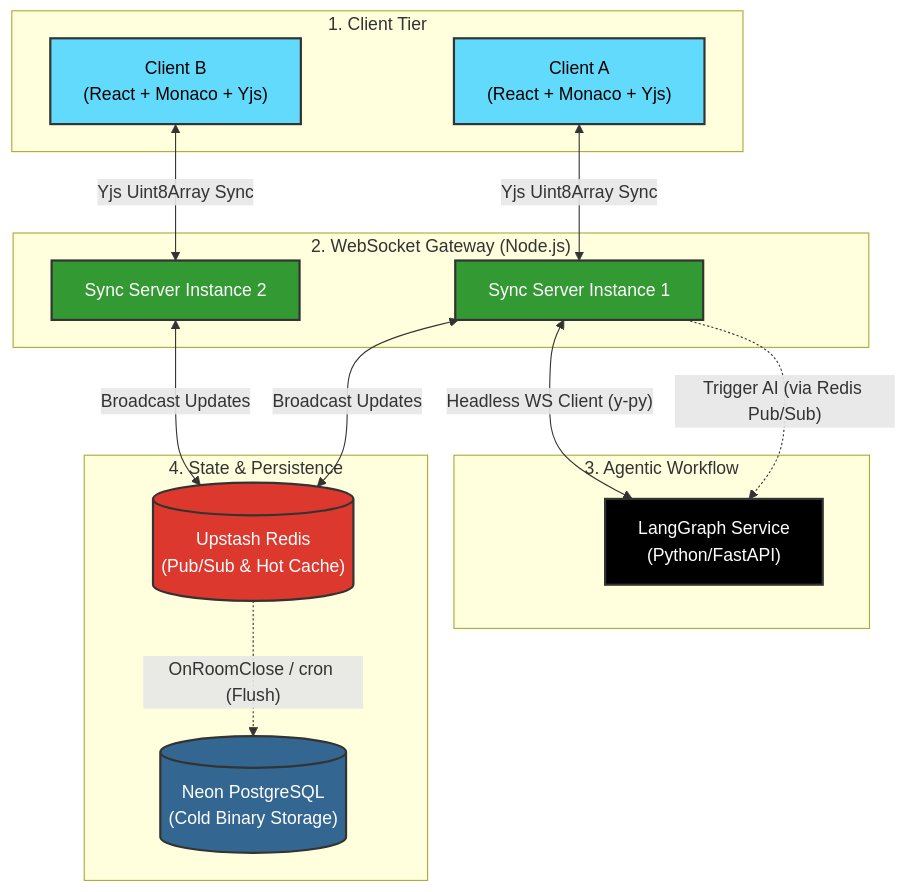
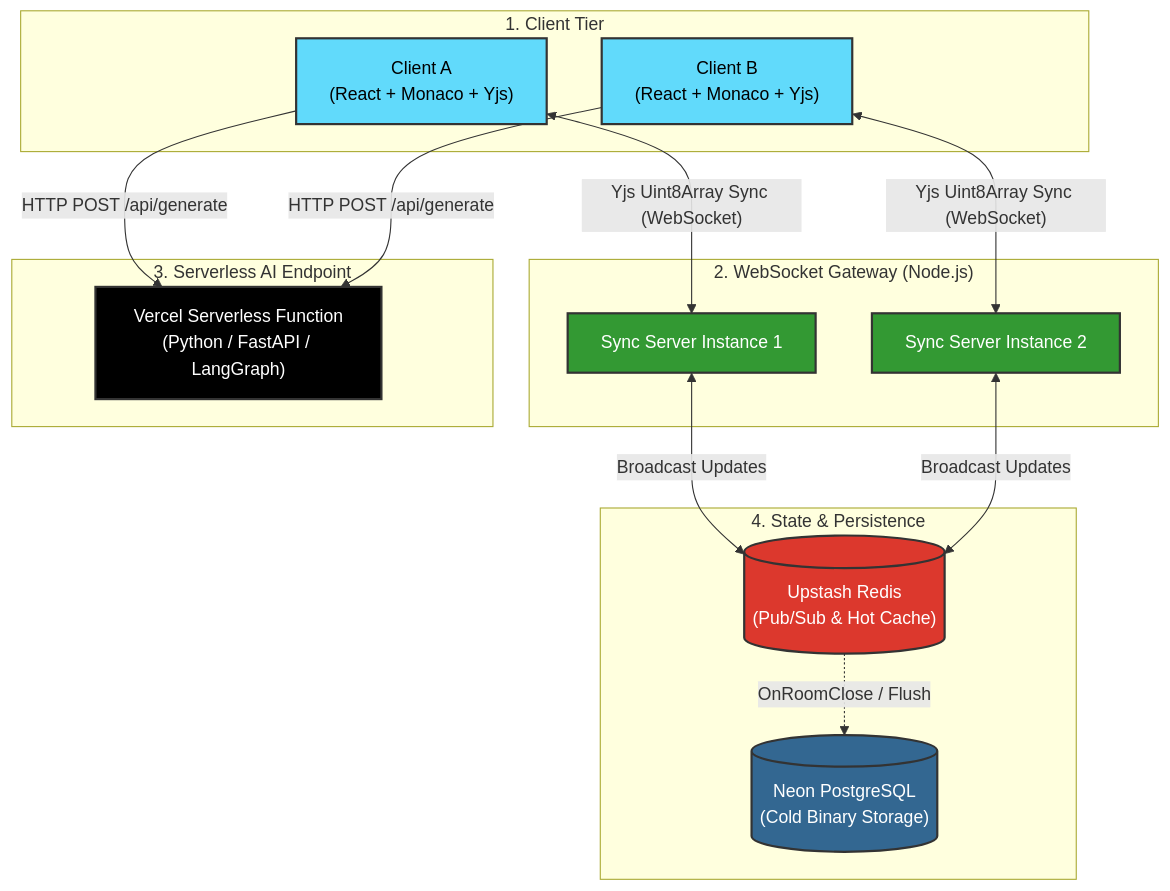
Before and after one commit to TechnoMeter/cola-code-real-time-code-editor: the diagram in README.md, drawn with Mermaid. The commit also changed other lines of this file, not shown here.

Commit message:
docs: update README for AI Copilot migration to Vercel serverless and enhance session persistence details

````diff
--- a/README.md
+++ b/README.md
@@ -67,38 +66,38 @@
 ```mermaid
 flowchart TD
-    classDef frontend fill:#61dafb,stroke:#333,stroke-width:2px,color:#000;
-    classDef backend fill:#339933,stroke:#333,stroke-width:2px,color:#fff;
-    classDef ai fill:#000000,stroke:#333,stroke-width:2px,color:#fff;
-    classDef db fill:#336791,stroke:#333,stroke-width:2px,color:#fff;
-    classDef cache fill:#DC382D,stroke:#333,stroke-width:2px,color:#fff;
+    classDef frontend fill:#61dafb,stroke:#333,stroke-width:2px,color:#000;
+    classDef backend fill:#339933,stroke:#333,stroke-width:2px,color:#fff;
+    classDef ai fill:#000000,stroke:#333,stroke-width:2px,color:#fff;
+    classDef db fill:#336791,stroke:#333,stroke-width:2px,color:#fff;
+    classDef cache fill:#DC382D,stroke:#333,stroke-width:2px,color:#fff;
 
-    subgraph Clients ["1. Client Tier"]
-        ClientA["Client A<br/>(React + Monaco + Yjs)"]:::frontend
-        ClientB["Client B<br/>(React + Monaco + Yjs)"]:::frontend
-    end
+    subgraph Clients ["1. Client Tier"]
+        ClientA["Client A<br/>(React + Monaco + Yjs)"]:::frontend
+        ClientB["Client B<br/>(React + Monaco + Yjs)"]:::frontend
+    end
 
-    subgraph Gateway ["2. WebSocket Gateway (Node.js)"]
-        WS1["Sync Server Instance 1"]:::backend
-        WS2["Sync Server Instance 2"]:::backend
-    end
-    
-    subgraph AITier ["3. Agentic Workflow"]
-        LangGraph["LangGraph Service<br/>(Python/FastAPI)"]:::ai
-    end
+    subgraph Gateway ["2. WebSocket Gateway (Node.js)"]
+        WS1["Sync Server Instance 1"]:::backend
+        WS2["Sync Server Instance 2"]:::backend
+    end
+    
+    subgraph AITier ["3. Serverless AI Endpoint"]
+        VercelAI["Vercel Serverless Function<br/>(Python / FastAPI / LangGraph)"]:::ai
+    end
 
-    subgraph State ["4. State & Persistence"]
-        Redis[("Upstash Redis<br/>(Pub/Sub & Hot Cache)")]:::cache
-        PG[("Neon PostgreSQL<br/>(Cold Binary Storage)")]:::db
-    end
+    subgraph State ["4. State & Persistence"]
+        Redis[("Upstash Redis<br/>(Pub/Sub & Hot Cache)")]:::cache
+        PG[("Neon PostgreSQL<br/>(Cold Binary Storage)")]:::db
+    end
 
-    ClientA <-->|"Yjs Uint8Array Sync"| WS1
-    ClientB <-->|"Yjs Uint8Array Sync"| WS2
-    
-    WS1 <-->|"Broadcast Updates"| Redis
-    WS2 <-->|"Broadcast Updates"| Redis
-    
-    WS1 -.->|"Trigger AI (via Redis Pub/Sub)"| LangGraph
-    LangGraph <-->|"Headless WS Client (y-py)"| WS1
-    
-    Redis -.->|"OnRoomClose / cron (Flush)"| PG
+    ClientA <-->|"Yjs Uint8Array Sync (WebSocket)"| WS1
+    ClientB <-->|"Yjs Uint8Array Sync (WebSocket)"| WS2
+    
+    ClientA -->|"HTTP POST /api/generate"| VercelAI
+    ClientB -->|"HTTP POST /api/generate"| VercelAI
+    
+    WS1 <-->|"Broadcast Updates"| Redis
+    WS2 <-->|"Broadcast Updates"| Redis
+    
+    Redis -.->|"OnRoomClose / Flush"| PG
 ```
````
